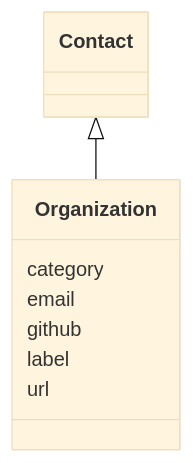
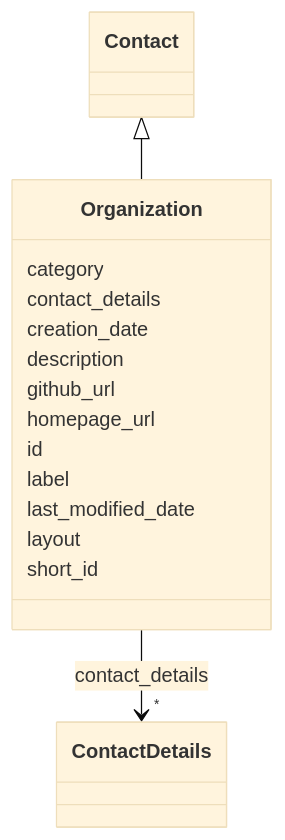
Before and after one commit to Knowledge-Graph-Hub/kg-registry: the diagram in docs/schema/Organization.md, drawn with Mermaid (base theme). The commit also changed other lines of this file and 141 other files, not shown here.

````diff
--- a/docs/schema/Organization.md
+++ b/docs/schema/Organization.md
@@ -24,19 +23,40 @@
 ```mermaid
  classDiagram
     class Organization
-    click Organization href "Organization.html"
+    click Organization href "Organization/.html"
       Contact <|-- Organization
-        click Contact href "Contact.html"
-      
+        click Contact href "Contact/.html"
+
       Organization : category
-        
-      Organization : email
-        
-      Organization : github
-        
+
+      Organization : contact_details
+
+
+
+
+
+        Organization --> "*" ContactDetails : contact_details
+        click ContactDetails href "ContactDetails/.html"
+
+
+
+      Organization : creation_date
+
+      Organization : description
+
+      Organization : github_url
+
+      Organization : homepage_url
+
+      Organization : id
+
       Organization : label
-        
-      Organization : url
-        
-      
+
+      Organization : last_modified_date
+
+      Organization : layout
+
+      Organization : short_id
+
+
 ```
````
